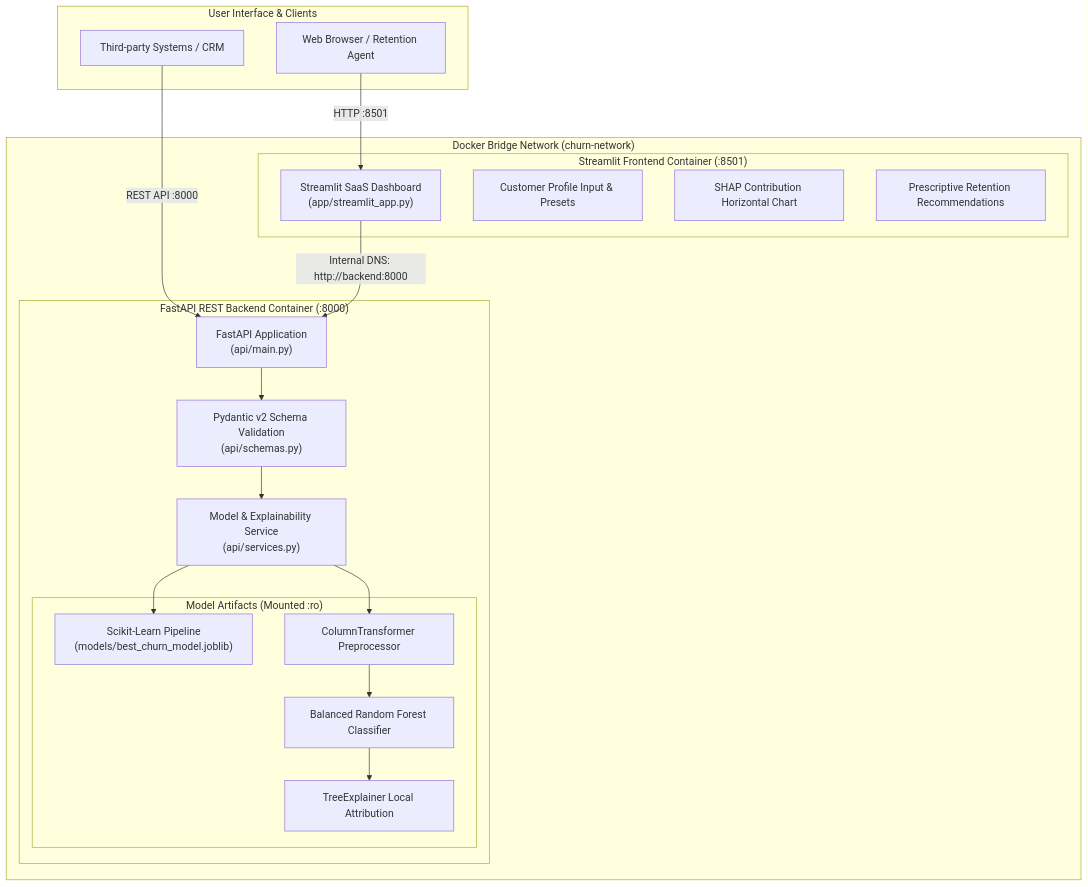
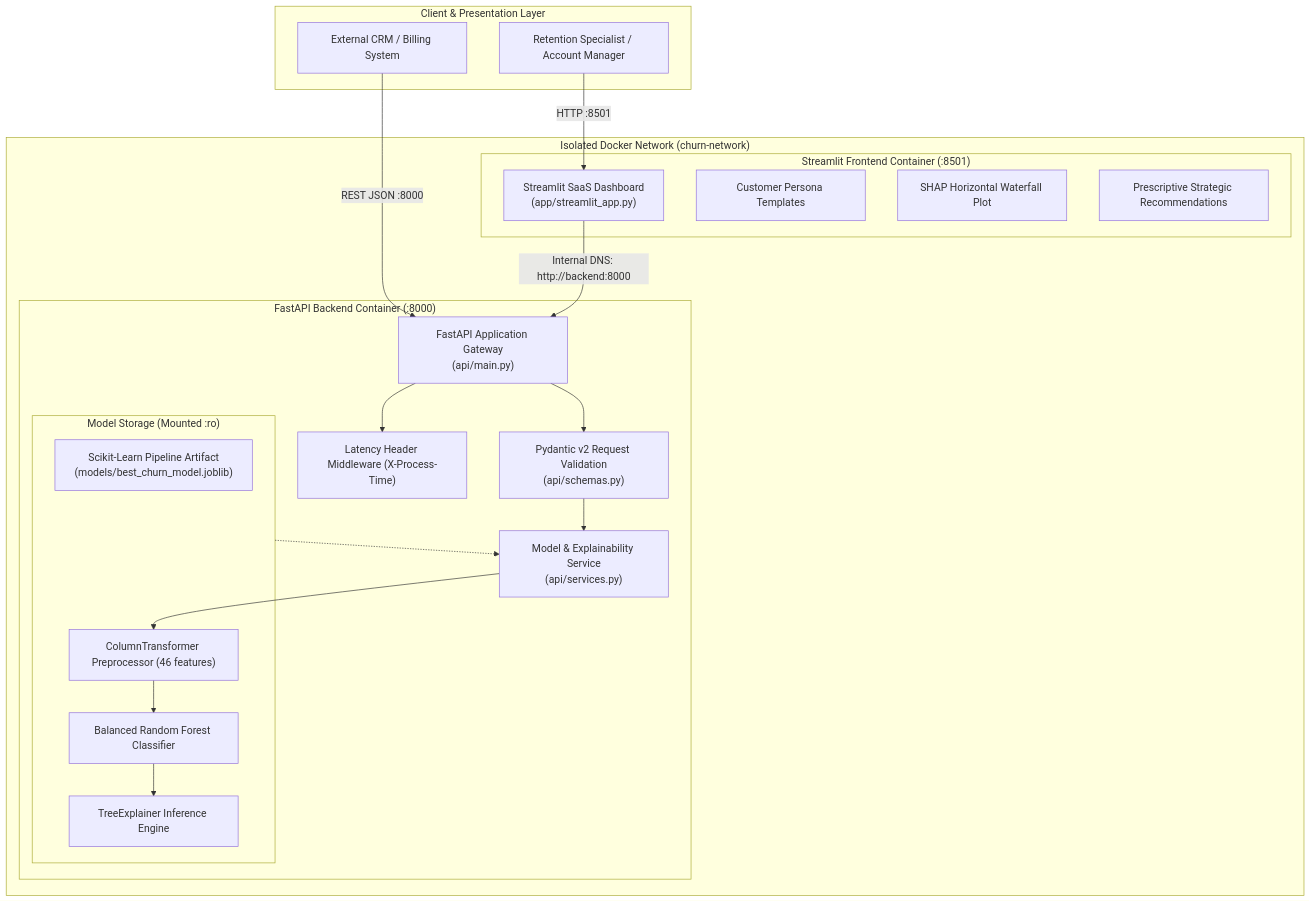
The first of 2 diagrams in README.md (Kanishk199/customer-churn-prediction), drawn with Mermaid before and after one commit. The commit also changed other lines of this file and 12 other files, not shown here.

Commit message:
feat: upgrade customer churn intelligence platform

````diff
--- a/README.md
+++ b/README.md
@@ -53,39 +81,41 @@
 ```mermaid
 flowchart TD
-    subgraph ClientLayer["User Interface & Clients"]
-        Browser["Web Browser / Retention Agent"]
-        ClientApp["Third-party Systems / CRM"]
+    subgraph ClientLayer["Client & Presentation Layer"]
+        User["Retention Specialist / Account Manager"]
+        ThirdParty["External CRM / Billing System"]
     end
 
-    subgraph DockerNetwork["Docker Bridge Network (churn-network)"]
-        subgraph FrontendService["Streamlit Frontend Container (:8501)"]
-            UI["Streamlit SaaS Dashboard<br/>(app/streamlit_app.py)"]
-            Form["Customer Profile Input & Presets"]
-            Waterfall["SHAP Contribution Horizontal Chart"]
-            Playbook["Prescriptive Retention Recommendations"]
+    subgraph DockerNetwork["Isolated Docker Network (churn-network)"]
+        subgraph FrontendContainer["Streamlit Frontend Container (:8501)"]
+            Dashboard["Streamlit SaaS Dashboard<br/>(app/streamlit_app.py)"]
+            Presets["Customer Persona Templates"]
+            Chart["SHAP Horizontal Waterfall Plot"]
+            Playbook["Prescriptive Strategic Recommendations"]
         end
 
-        subgraph BackendService["FastAPI REST Backend Container (:8000)"]
-            API["FastAPI Application<br/>(api/main.py)"]
-            Schemas["Pydantic v2 Schema Validation<br/>(api/schemas.py)"]
+        subgraph BackendContainer["FastAPI Backend Container (:8000)"]
+            Router["FastAPI Application Gateway<br/>(api/main.py)"]
+            Validation["Pydantic v2 Request Validation<br/>(api/schemas.py)"]
+            Latency["Latency Header Middleware (X-Process-Time)"]
             Service["Model & Explainability Service<br/>(api/services.py)"]
-            
-            subgraph MLArtifacts["Model Artifacts (Mounted :ro)"]
-                Pipeline["Scikit-Learn Pipeline<br/>(models/best_churn_model.joblib)"]
-                Preprocessor["ColumnTransformer Preprocessor"]
-                Classifier["Balanced Random Forest Classifier"]
-                Explainer["TreeExplainer Local Attribution"]
+
+            subgraph StorageLayer["Model Storage (Mounted :ro)"]
+                PipelineModel["Scikit-Learn Pipeline Artifact<br/>(models/best_churn_model.joblib)"]
+                Prep["ColumnTransformer Preprocessor (46 features)"]
+                RFC["Balanced Random Forest Classifier"]
+                TreeExp["TreeExplainer Inference Engine"]
             end
         end
     end
 
-    Browser -->|HTTP :8501| UI
-    ClientApp -->|REST API :8000| API
-    UI -->|Internal DNS: http://backend:8000| API
-    API --> Schemas
-    Schemas --> Service
-    Service --> Preprocessor
-    Preprocessor --> Classifier
-    Classifier --> Explainer
-    Service --> Pipeline
+    User -->|HTTP :8501| Dashboard
+    ThirdParty -->|REST JSON :8000| Router
+    Dashboard -->|Internal DNS: http://backend:8000| Router
+    Router --> Validation
+    Router --> Latency
+    Validation --> Service
+    Service --> Prep
+    Prep --> RFC
+    RFC --> TreeExp
+    StorageLayer -.-> Service
 ```
````
